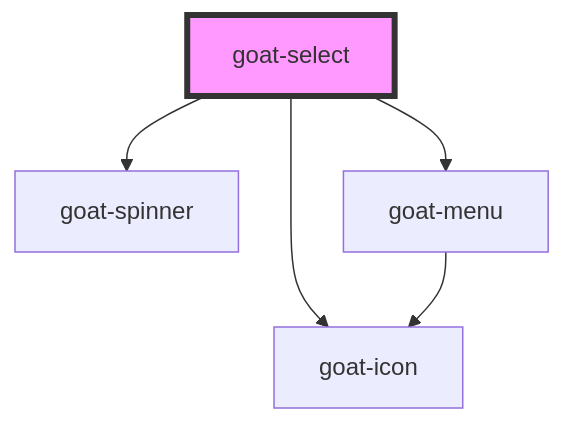
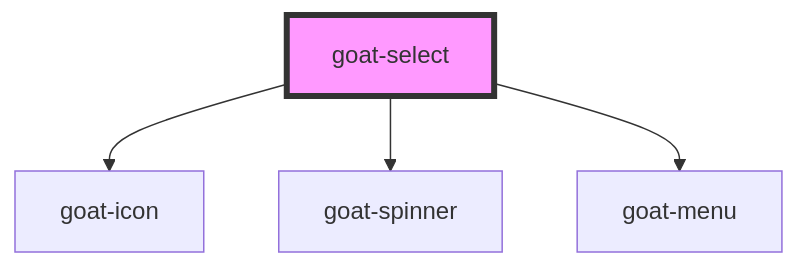
One commit to goatui/components changed the diagram in src/components/input-controls/select/readme.md. Above: the diagram before and after it, drawn with Mermaid. The commit also changed other lines of this file and 805 other files, not shown here.

````diff
--- a/src/components/input-controls/select/readme.md
+++ b/src/components/input-controls/select/readme.md
@@ -61,8 +72,7 @@
 ```mermaid
 graph TD;
   goat-select --> goat-icon
   goat-select --> goat-spinner
   goat-select --> goat-menu
-  goat-menu --> goat-icon
   style goat-select fill:#f9f,stroke:#333,stroke-width:4px
 ```
````
